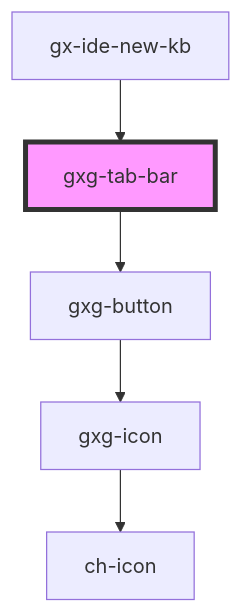
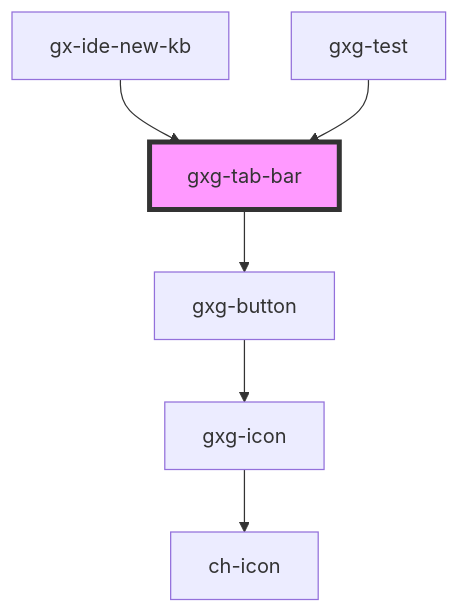
Before and after one commit to genexuslabs/gemini: the diagram in src/components/tab-bar/readme.md, drawn with Mermaid. The commit also changed other lines of this file and 12 other files, not shown here.

````diff
--- a/src/components/tab-bar/readme.md
+++ b/src/components/tab-bar/readme.md
@@ -17,8 +18,9 @@
 ```mermaid
 graph TD;
   gxg-tab-bar --> gxg-button
   gxg-button --> gxg-icon
   gxg-icon --> ch-icon
   gx-ide-new-kb --> gxg-tab-bar
+  gxg-test --> gxg-tab-bar
   style gxg-tab-bar fill:#f9f,stroke:#333,stroke-width:4px
 ```
````
